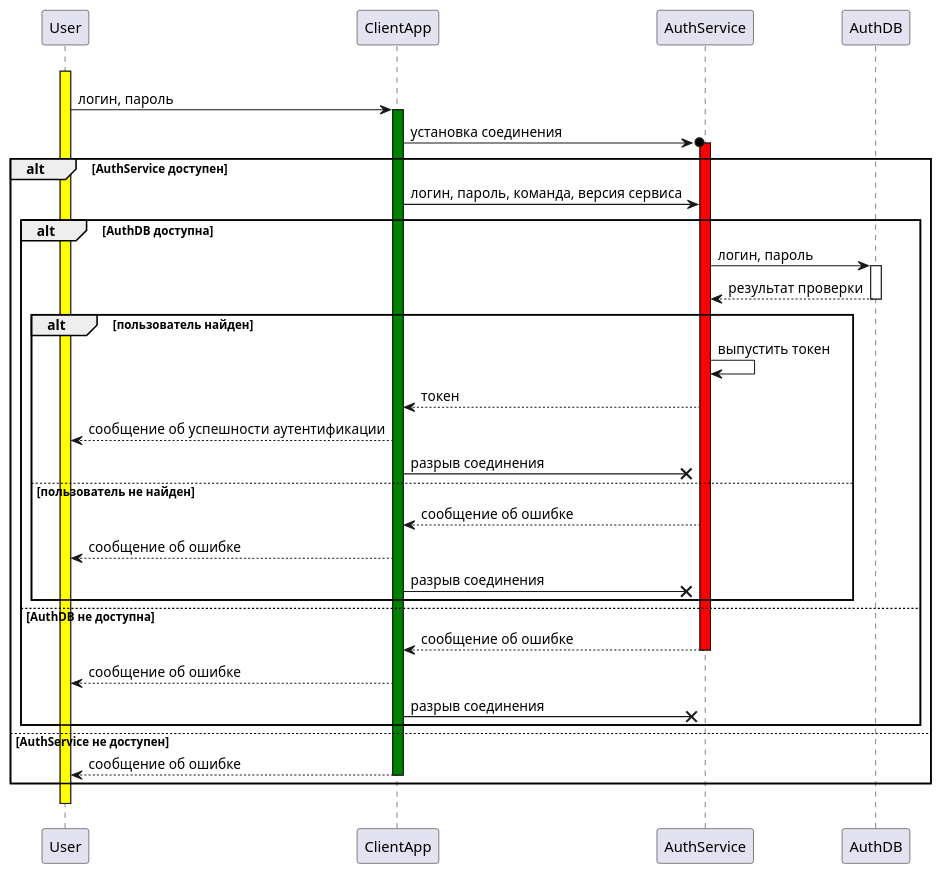
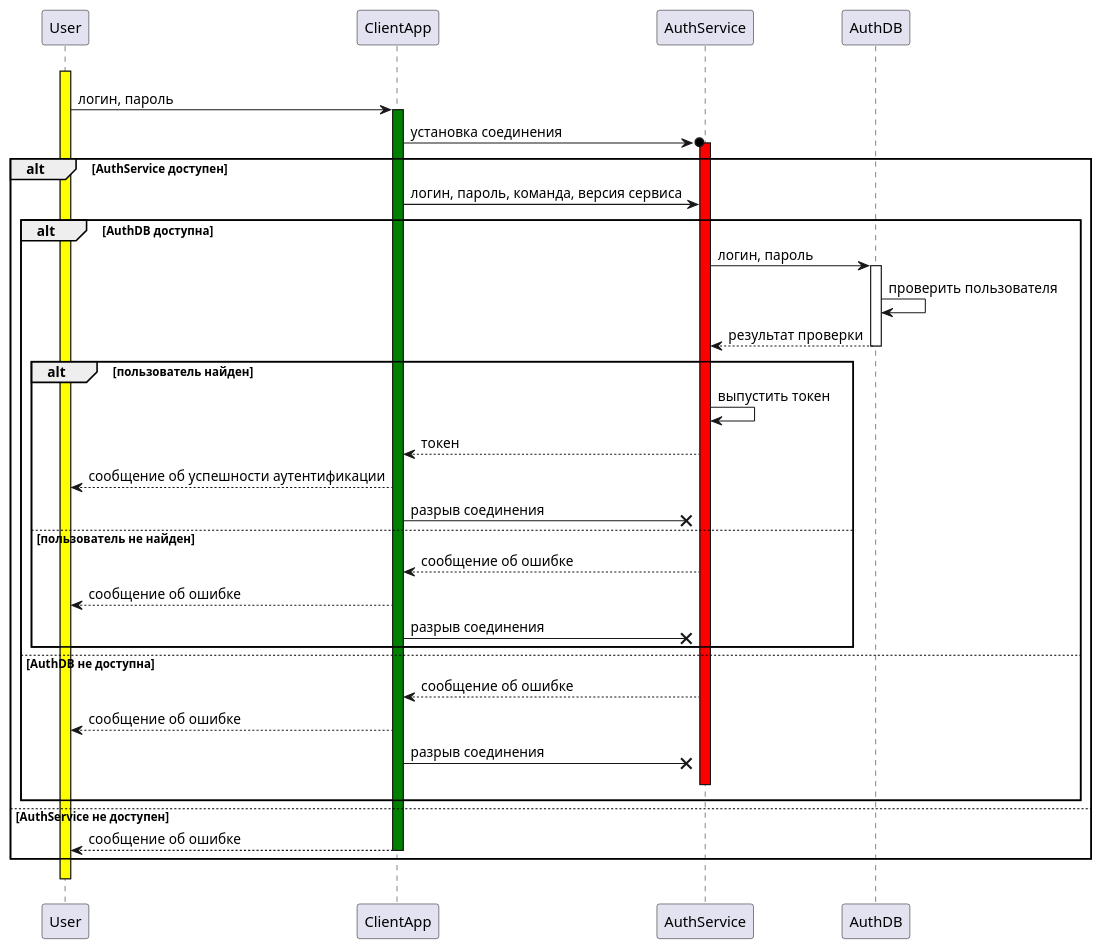
Before and after one commit to sberdyshev/java-file-handling: the diagram in docs/uml/sequence diagrams/authenticationSequenceDiagram.puml, drawn with PlantUML. The commit also changed 5 other files, not shown here.

Commit message:
Fixed diagrams

```diff
--- a/docs/uml/sequence diagrams/authenticationSequenceDiagram.puml
+++ b/docs/uml/sequence diagrams/authenticationSequenceDiagram.puml
@@ -1,33 +1,35 @@
 @startuml
 
 User -[hidden]-> User ++ #yellow
 User -> ClientApp ++ #green: логин, пароль
 ClientApp ->o AuthService ++ #red: установка соединения
 
 alt AuthService доступен
     ClientApp -> AuthService: логин, пароль, команда, версия сервиса
     alt AuthDB доступна
         AuthService -> AuthDB ++ #white: логин, пароль
+        AuthDB -> AuthDB: проверить пользователя
         AuthDB --> AuthService -- #white: результат проверки
         alt пользователь найден
             AuthService -> AuthService: выпустить токен
             AuthService --> ClientApp: токен
             ClientApp --> User: сообщение об успешности аутентификации
             ClientApp ->x AuthService: разрыв соединения
         else пользователь не найден
             AuthService --> ClientApp: сообщение об ошибке
             ClientApp --> User: сообщение об ошибке
             ClientApp ->x AuthService: разрыв соединения
         end
     else AuthDB не доступна
-        AuthService --> ClientApp -- #red: сообщение об ошибке
+        AuthService --> ClientApp: сообщение об ошибке
         ClientApp --> User: сообщение об ошибке
         ClientApp ->x AuthService: разрыв соединения
+        AuthService -[hidden]-> AuthService -- #red
     end
 else AuthService не доступен
     ClientApp --> User -- #green: сообщение об ошибке
 end
 User -[hidden]-> User -- #yellow
 
 
 @enduml
```
